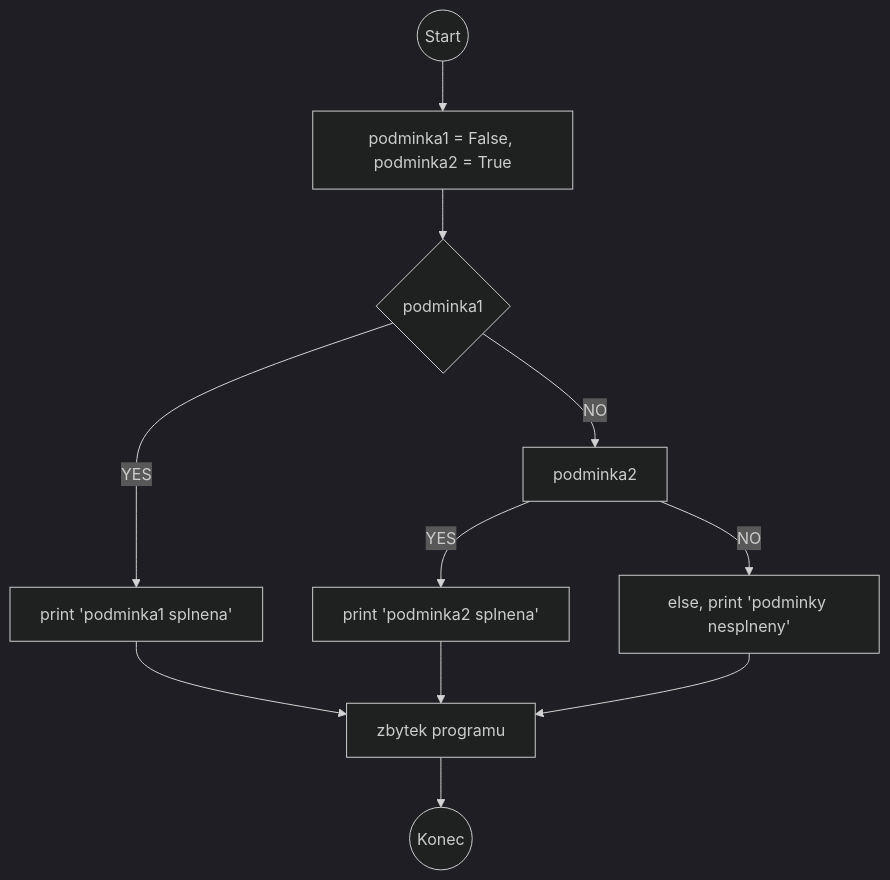
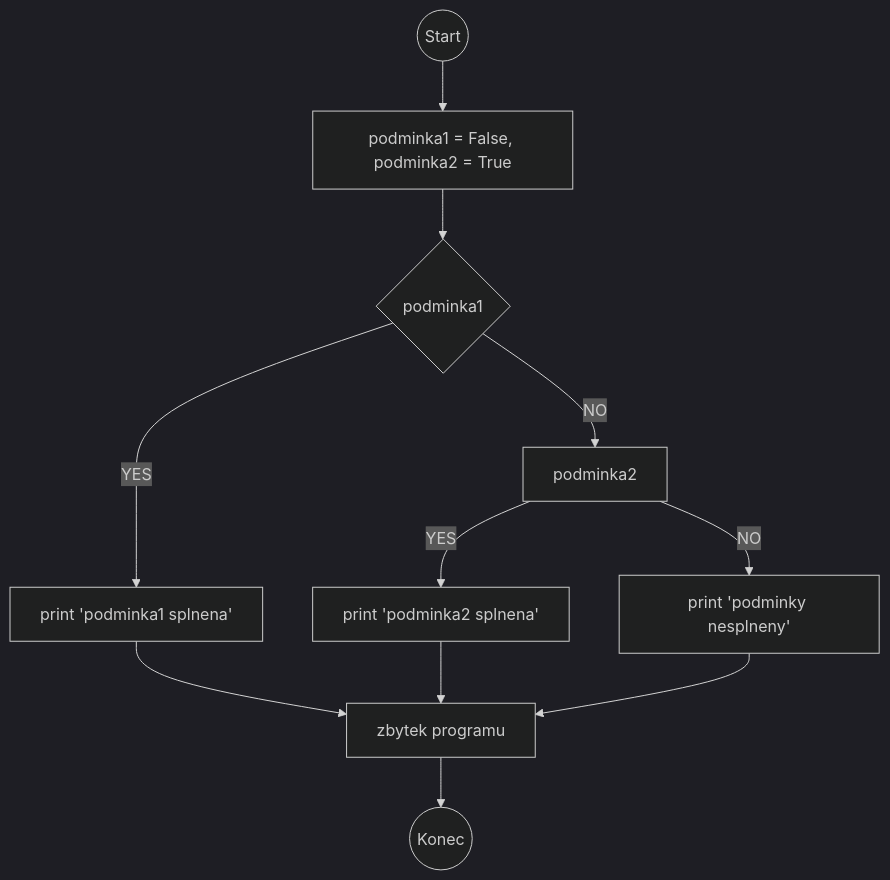
One commit to denisa-mat/BP-microbit changed the first of 3 diagrams in README.md. Above: the diagram before and after it, drawn with Mermaid (dark theme). The commit also changed other lines of this file, not shown here.

````diff
--- a/README.md
+++ b/README.md
@@ -41,13 +41,13 @@
 ``` mermaid
   graph TD;
       A((Start)) --> B[podminka1 = False, podminka2 = True];
       B --> C{podminka1};
       C -- YES --> D[print 'podminka1 splnena'];
 	  D --> E[zbytek programu];
       C -- NO --> F[podminka2];
       F -- YES --> G[print 'podminka2 splnena'];
 	  G --> E[zbytek programu];
-      F -- NO --> H[else, print 'podminky nesplneny'];
+      F -- NO --> H[print 'podminky nesplneny'];
       H --> E[zbytek programu];
       E --> I((Konec));
 ```
````
